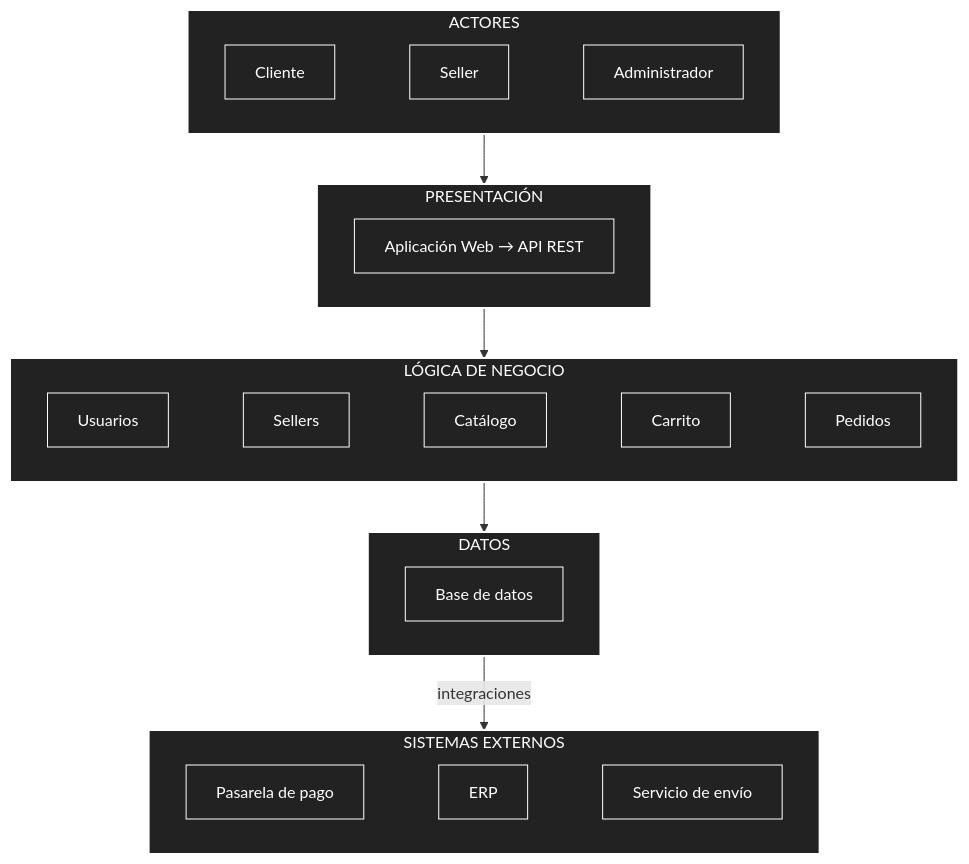
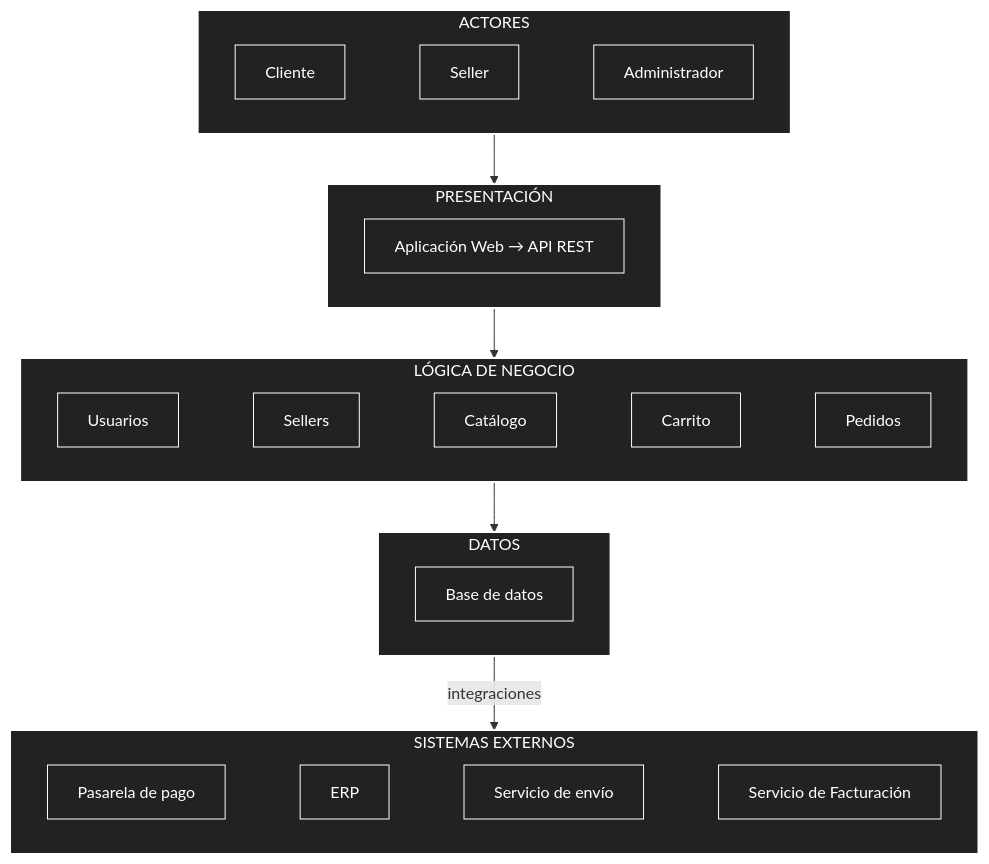
Before and after one commit to Taquiri05/Marketplace-arquitSoft-02-jhonatanconde: the diagram in docs/02-arquitectura-software/arquitectura-inicial.md, drawn with Mermaid. The commit also changed other lines of this file, not shown here.

Commit message:
Agrega Servicio de Facturacion al diagrama de arquitectura inicial

````diff
--- a/docs/02-arquitectura-software/arquitectura-inicial.md
+++ b/docs/02-arquitectura-software/arquitectura-inicial.md
@@ -46,6 +46,7 @@
         Pago["Pasarela de pago"]
         ERP["ERP"]
         Envio["Servicio de envío"]
+        Facturacion["Servicio de Facturación"]
     end
 
     %% =========================
@@ -71,6 +72,7 @@
 
     Pago ~~~ ERP
     ERP ~~~ Envio
+    Envio ~~~ Facturacion
 
     %% =========================
     %% ESTILOS
@@ -98,4 +100,5 @@
     style Pago fill:#222,stroke:#fff,color:#fff
     style ERP fill:#222,stroke:#fff,color:#fff
     style Envio fill:#222,stroke:#fff,color:#fff
+    style Facturacion fill:#222,stroke:#fff,color:#fff
 ```
````
